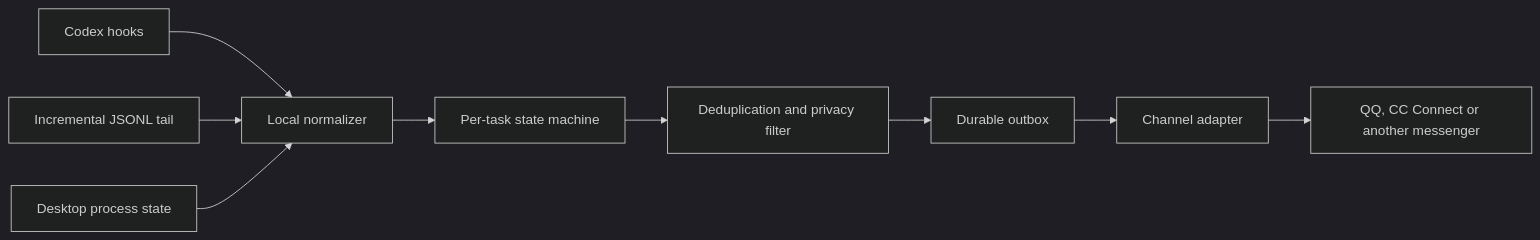
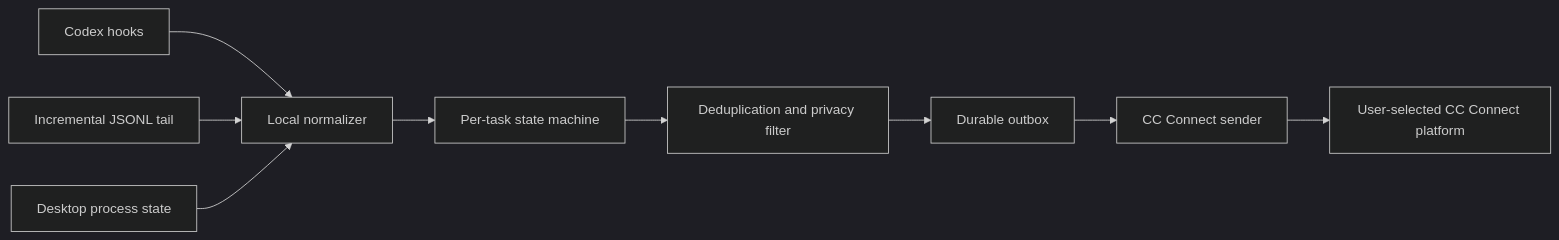
One commit to IIMovoMII/codex-desktop-notification-field-guide changed the diagram in README.md. Above: the diagram before and after it, drawn with Mermaid (dark theme). The commit also changed other lines of this file and 9 other files, not shown here.

Commit message:
docs: require CC Connect platform selection

```diff
--- a/README.md
+++ b/README.md
@@ -54,11 +54,11 @@
 ~~~mermaid
 flowchart LR
     H[Codex hooks] --> N[Local normalizer]
     J[Incremental JSONL tail] --> N
     P[Desktop process state] --> N
     N --> S[Per-task state machine]
     S --> D[Deduplication and privacy filter]
     D --> O[Durable outbox]
-    O --> A[Channel adapter]
-    A --> Q[QQ, CC Connect or another messenger]
+    O --> A[CC Connect sender]
+    A --> Q[User-selected CC Connect platform]
 ~~~
```
